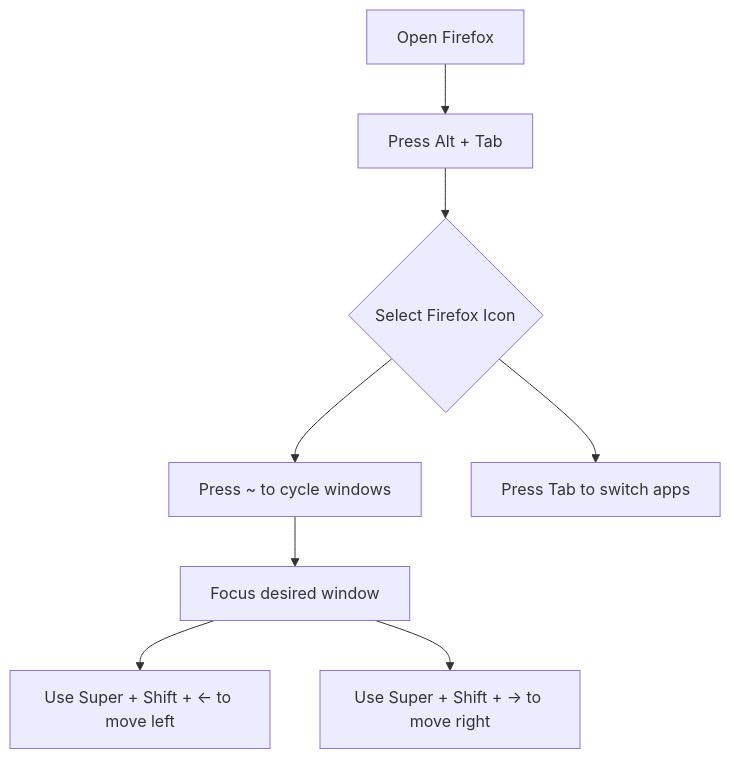
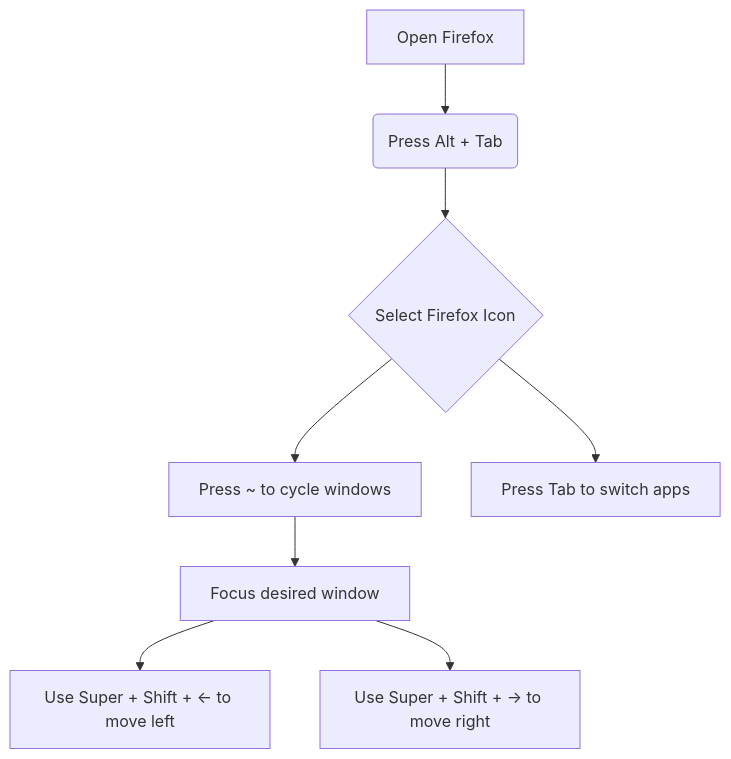
The diagram in README.md (tconn93/MasteringMarkdown), drawn with Mermaid before and after one commit.

````diff
--- a/README.md
+++ b/README.md
@@ -138,10 +138,10 @@
 ```mermaid
 graph TD
-    A[Open Firefox]-->B[Press Alt + Tab]
+    A[Open Firefox]-->B(Press Alt + Tab)
     B --> C{Select Firefox Icon}
     C --> D[Press ~ to cycle windows]
     C --> E[Press Tab to switch apps]
     D --> F[Focus desired window]
     F --> H[Use Super + Shift + &larr; to move left]
     F --> G[Use Super + Shift + &rarr; to move right]
 ```
````
